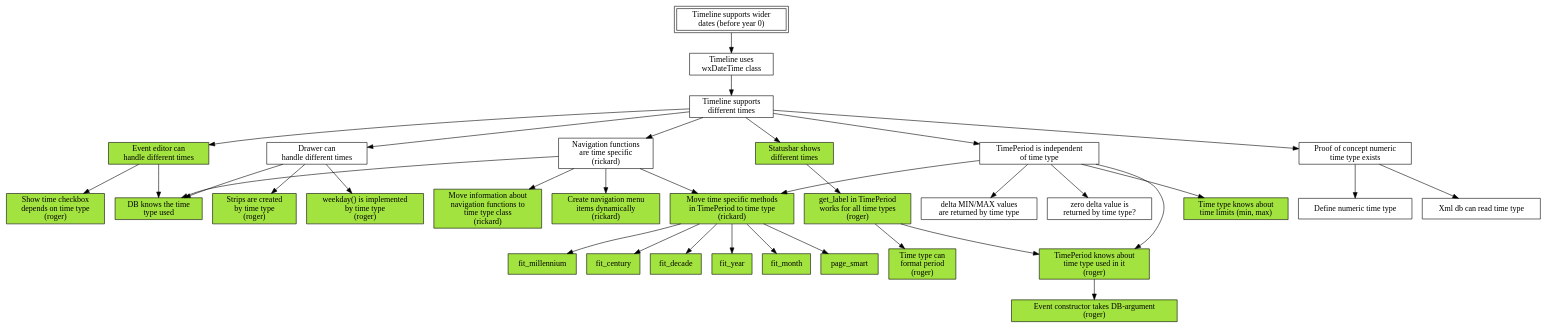
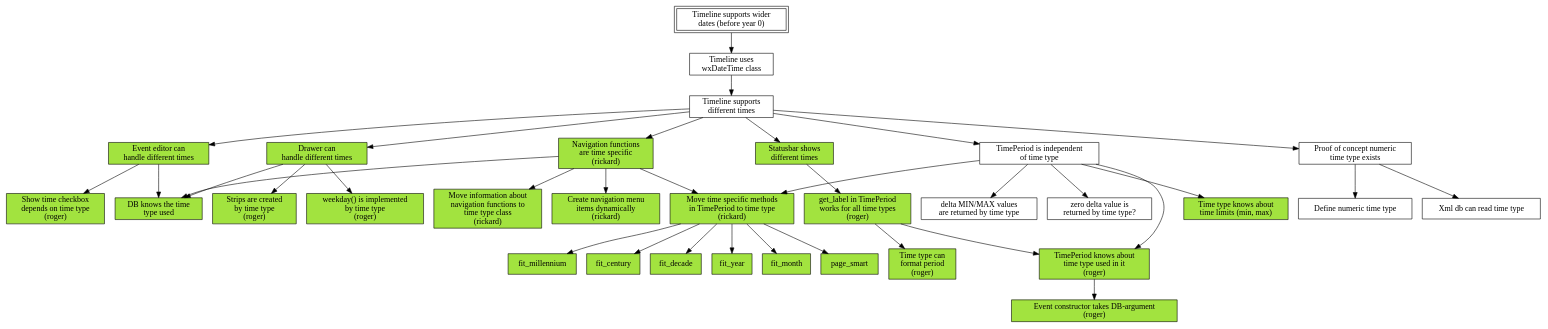
The diagram in mikado.dot (shutaozhenzhen/thetimelineproj), drawn with Graphviz before and after one commit.

Commit message:
Mark work done in mikado graph.

```diff
--- a/mikado.dot
+++ b/mikado.dot
@@ -1,110 +1,112 @@
 digraph mikado
 {
     node [shape=box];
 
     wider_dates [label="Timeline supports wider\ndates (before year 0)"];
     wider_dates [peripheries=2];
         wider_dates -> switch_to_wx_time;
 
     switch_to_wx_time [label="Timeline uses\nwxDateTime class"];
         switch_to_wx_time -> different_time;
 
     different_time [label="Timeline supports\ndifferent times "];
         different_time -> event_editor;
         different_time -> drawer;
         different_time -> navigation;
         different_time -> status_bar;
         different_time -> time_period_independent;
         different_time -> numeric_time_type;
 
     numeric_time_type [label="Proof of concept numeric\ntime type exists"];
         numeric_time_type -> define_numeric_time_type;
         numeric_time_type -> db_reads_time_type;
 
     time_period_independent [label="TimePeriod is independent\nof time type"];
         time_period_independent -> time_period_knows_type;
         time_period_independent -> time_period;
         time_period_independent -> time_limits_in_time_type;
         time_period_independent -> min_max_zoom_delta_in_time_type;
         time_period_independent -> zero_delta_created_by_time_type;
 
     event_editor [label="Event editor can\nhandle different times"];
     event_editor [style=filled,fillcolor="#A2E33F"];
         event_editor -> show_time;
         event_editor -> db_has_type_info;
 
     drawer [label="Drawer can\nhandle different times"];
+    drawer [style=filled,fillcolor="#A2E33F"];
         drawer -> db_has_type_info;
         drawer -> strips_in_time_type;
 	drawer -> weekday_in_time_type;
 	
     navigation [label="Navigation functions\nare time specific\n(rickard)"];
+    navigation [style=filled,fillcolor="#A2E33F"];
         navigation -> db_has_type_info;
         navigation -> move_nav_to_time_type;
         navigation -> create_menu_items_dynamically;
         navigation -> time_period;
 
     time_period [label="Move time specific methods\nin TimePeriod to time type\n(rickard)"];
     time_period [style=filled,fillcolor="#A2E33F"];
         time_period -> fit_millennium;
         time_period -> fit_century;
         time_period -> fit_decade;
         time_period -> fit_year;
         time_period -> fit_month;
         time_period -> page_smart;
 
     status_bar [label="Statusbar shows\ndifferent times"];
     status_bar [style=filled,fillcolor="#A2E33F"];
         status_bar -> get_label;
         get_label -> time_period_knows_type;
 
     get_label [label="get_label in TimePeriod\nworks for all time types\n(roger)"];
     get_label [style=filled,fillcolor="#A2E33F"];
         get_label -> type_format;
 
     time_period_knows_type [label="TimePeriod knows about\ntime type used in it\n(roger)"];
     time_period_knows_type [style=filled,fillcolor="#A2E33F"];
 	time_period_knows_type -> event_constructor;
 
     // Leaves
 
     define_numeric_time_type [label="Define numeric time type"];
 
     db_reads_time_type [label="Xml db can read time type"];
 
     show_time [label="Show time checkbox\ndepends on time type\n(roger)"];
     show_time [style=filled,fillcolor="#A2E33F"];
 
     db_has_type_info [label="DB knows the time\ntype used"];
     db_has_type_info [style=filled,fillcolor="#A2E33F"];
 
     move_nav_to_time_type [label="Move information about\nnavigation functions to\ntime type class\n(rickard)"];
     move_nav_to_time_type [style=filled,fillcolor="#A2E33F"];
 
     create_menu_items_dynamically [label="Create navigation menu\nitems dynamically\n(rickard)"];
     create_menu_items_dynamically [style=filled,fillcolor="#A2E33F"];
 
     type_format [label="Time type can\nformat period\n(roger)"];
     type_format [style=filled,fillcolor="#A2E33F"];
     
     event_constructor [label="Event constructor takes DB-argument\n(roger)"];
     event_constructor [style=filled,fillcolor="#A2E33F"];
 
     strips_in_time_type [label="Strips are created\nby time type\n(roger)"];
     strips_in_time_type [style=filled,fillcolor="#A2E33F"];
 
     time_limits_in_time_type [label="Time type knows about\ntime limits (min, max)"];
     time_limits_in_time_type [style=filled,fillcolor="#A2E33F"];
     
     weekday_in_time_type [label="weekday() is implemented\nby time type\n(roger)"]
     weekday_in_time_type [style=filled,fillcolor="#A2E33F"];
     fit_millennium [style=filled,fillcolor="#A2E33F"];
     fit_century [style=filled,fillcolor="#A2E33F"];
     fit_decade [style=filled,fillcolor="#A2E33F"];
     fit_year [style=filled,fillcolor="#A2E33F"];
     fit_month [style=filled,fillcolor="#A2E33F"];
     page_smart [style=filled,fillcolor="#A2E33F"];
 
     min_max_zoom_delta_in_time_type [label="delta MIN/MAX values\nare returned by time type"];
     zero_delta_created_by_time_type [label="zero delta value is\nreturned by time type?"];
 }
```
